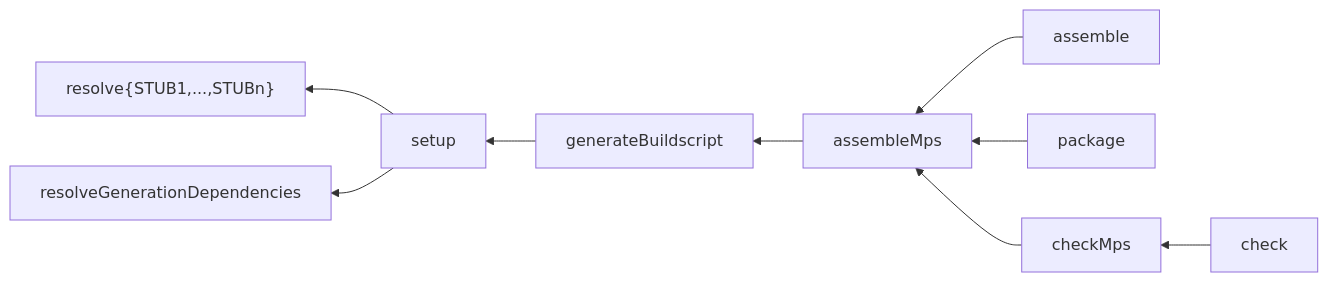
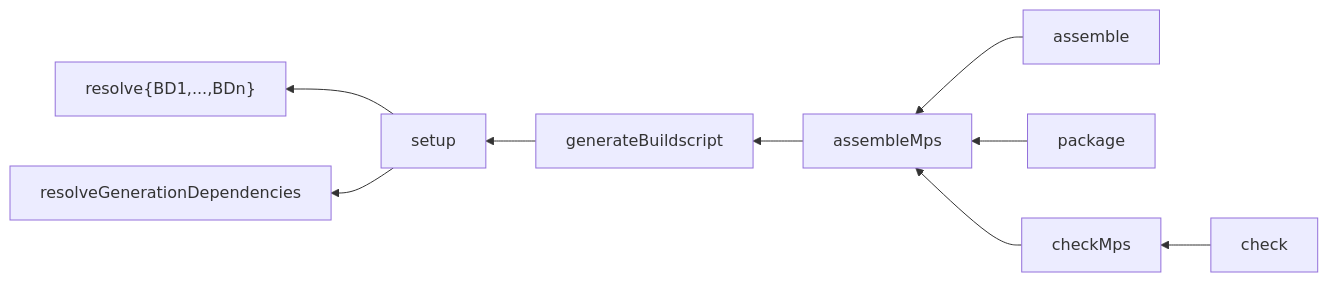
One commit to specificlanguages/mps-gradle-plugin changed the diagram in subprojects/mps-gradle-plugin/README.md. Above: the diagram before and after it, drawn with Mermaid. The commit also changed other lines of this file and 16 other files, not shown here.

````diff
--- a/subprojects/mps-gradle-plugin/README.md
+++ b/subprojects/mps-gradle-plugin/README.md
@@ -216,15 +194,15 @@
 ```mermaid
 flowchart RL
-  setup --> resolveStub["resolve{STUB1,...,STUBn}"]
+  setup --> resolveBundledDependencies["resolve{BD1,...,BDn}"]
   setup --> resolveGenerationDependencies
   
   assemble --> assembleMps
   package --> assembleMps
   
   checkMps --> assembleMps
   check --> checkMps
   
   assembleMps --> generateBuildscript
   generateBuildscript --> setup
   
 ```
````
